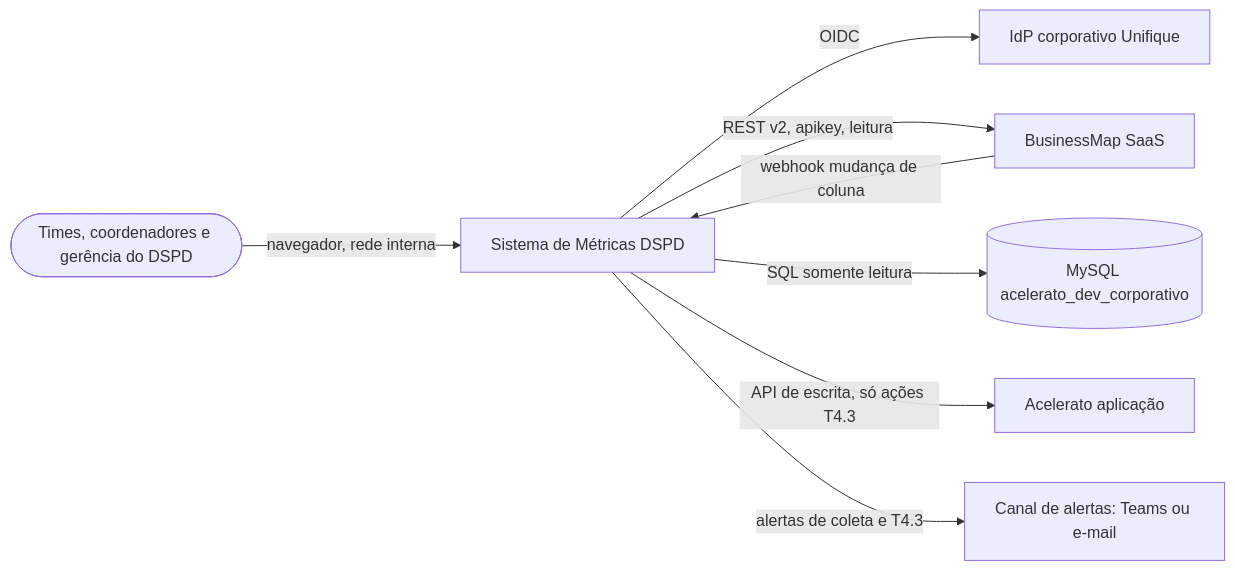
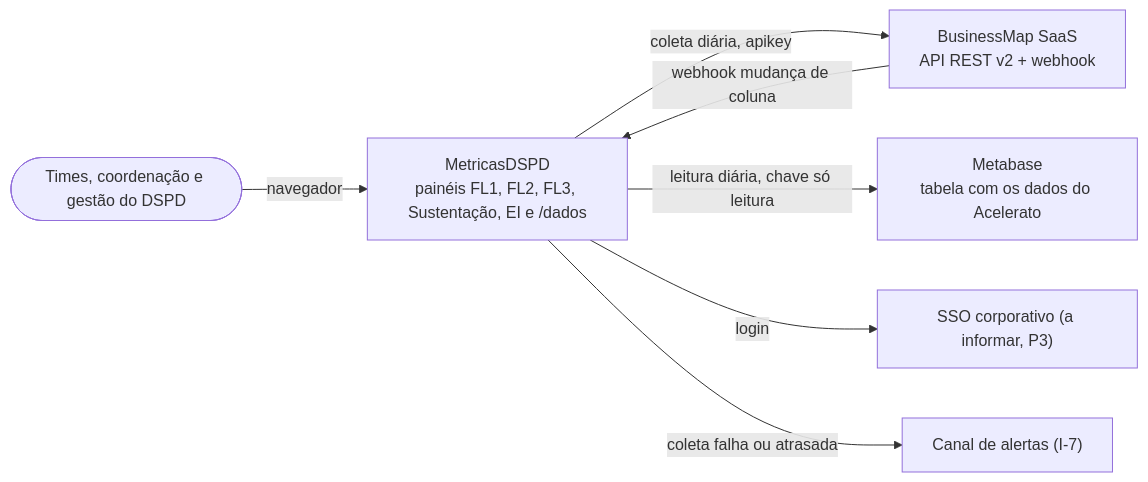
The first of 4 diagrams in docs/architecture/overview.md (rodrigo-isensee/MetricasDSPD), drawn with Mermaid before and after one commit. The commit also changed other lines of this file and 17 other files, not shown here.

````diff
--- a/docs/architecture/overview.md
+++ b/docs/architecture/overview.md
@@ -10,10 +12,15 @@
 ```mermaid
 flowchart LR
-  times([Times, coordenadores e gerência do DSPD]) -->|navegador, rede interna| sis[Sistema de Métricas DSPD]
-  sis -->|OIDC| idp[IdP corporativo Unifique]
-  sis -->|REST v2, apikey, leitura| bm[BusinessMap SaaS]
-  bm -->|webhook mudança de coluna| sis
-  sis -->|SQL somente leitura| acdb[(MySQL acelerato_dev_corporativo)]
-  sis -->|API de escrita, só ações T4.3| ac[Acelerato aplicação]
-  sis -->|alertas de coleta e T4.3| canal[Canal de alertas: Teams ou e-mail]
+  pessoas(["Times, coordenação e gestão do DSPD"])
+  sistema["MetricasDSPD<br/>painéis FL1, FL2, FL3, Sustentação, EI e /dados"]
+  bm["BusinessMap SaaS<br/>API REST v2 + webhook"]
+  mb["Metabase<br/>tabela com os dados do Acelerato"]
+  sso["SSO corporativo (a informar, P3)"]
+  canal["Canal de alertas (I-7)"]
+  pessoas -->|navegador| sistema
+  sistema -->|coleta diária, apikey| bm
+  bm -->|webhook mudança de coluna| sistema
+  sistema -->|leitura diária, chave só leitura| mb
+  sistema -->|login| sso
+  sistema -->|coleta falha ou atrasada| canal
 ```
````
